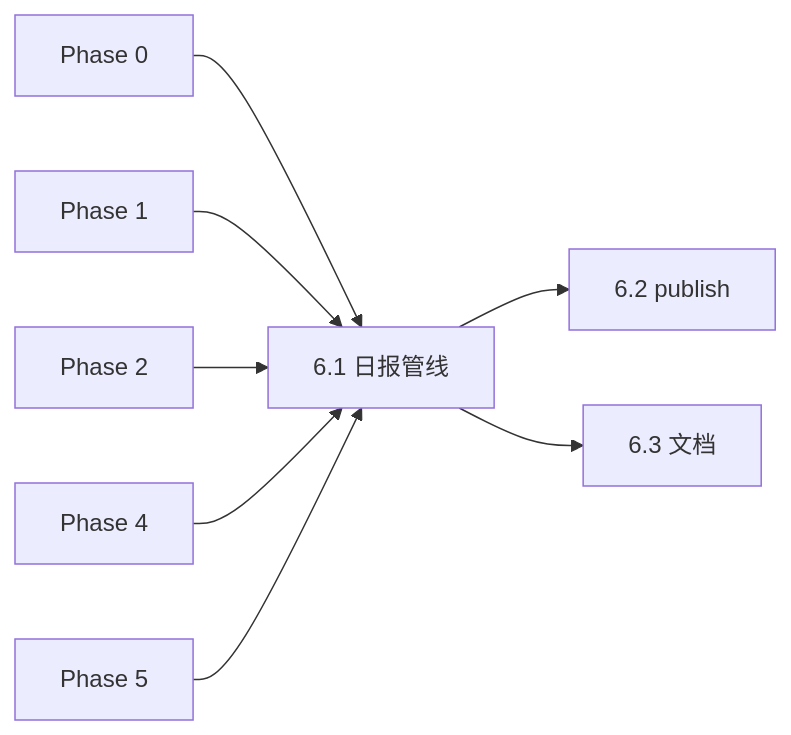
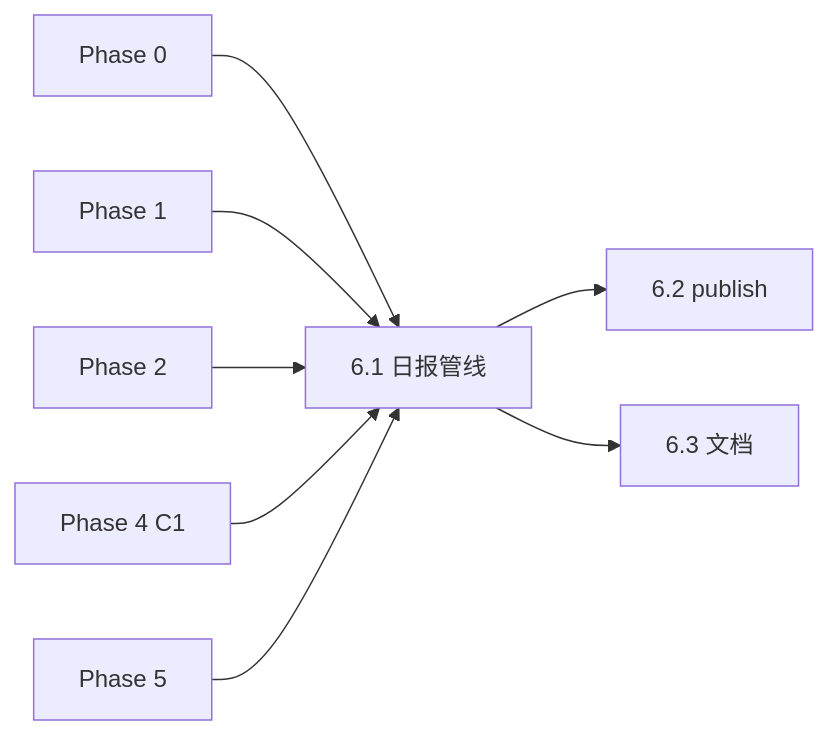
One commit to XYBuilds/themoviecosmos-daily-stargazing changed the diagram in .cursor/plans/Phase6-main-integration.plan.md. Above: the diagram before and after it, drawn with Mermaid. The commit also changed other lines of this file and 3 other files, not shown here.

````diff
--- a/.cursor/plans/Phase6-main-integration.plan.md
+++ b/.cursor/plans/Phase6-main-integration.plan.md
@@ -31,19 +60,19 @@
 ```mermaid
 flowchart LR
   P0["Phase 0"]
   P1["Phase 1"]
   P2["Phase 2"]
-  P4["Phase 4"]
+  P4["Phase 4 C1"]
   P5["Phase 5"]
   T61["6.1 日报管线"]
   T62["6.2 publish"]
   T63["6.3 文档"]
 
   P0 --> T61
   P1 --> T61
   P2 --> T61
   P4 --> T61
   P5 --> T61
   T61 --> T62
   T61 --> T63
 ```
````
